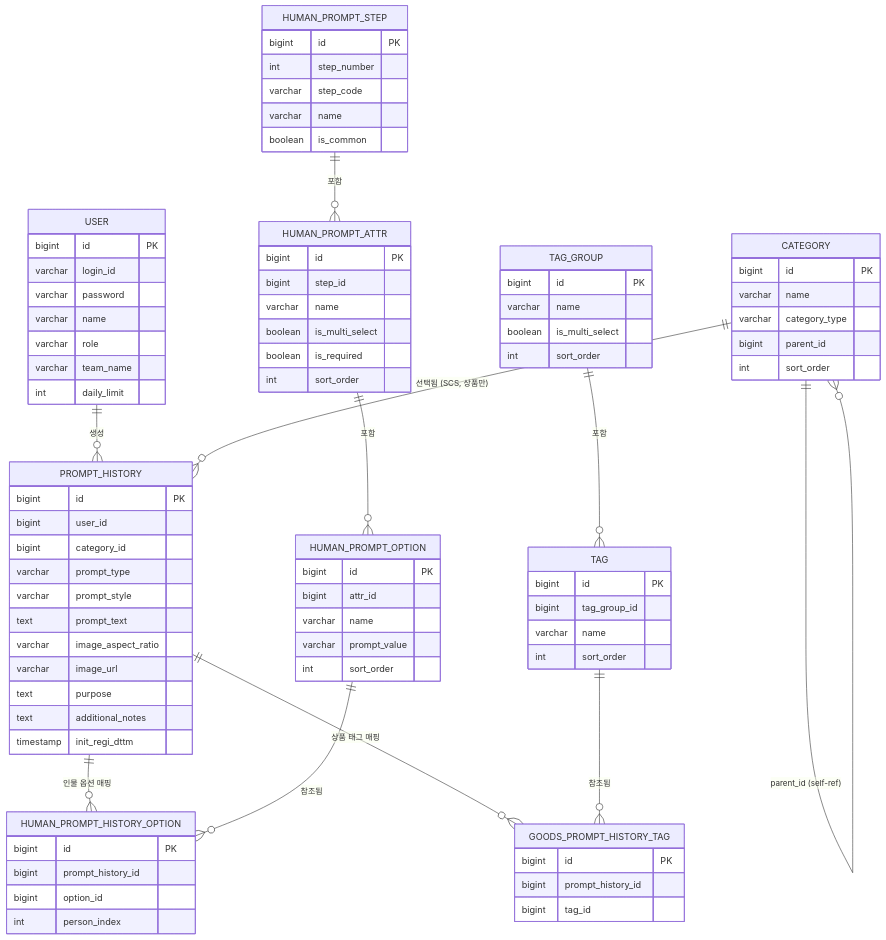
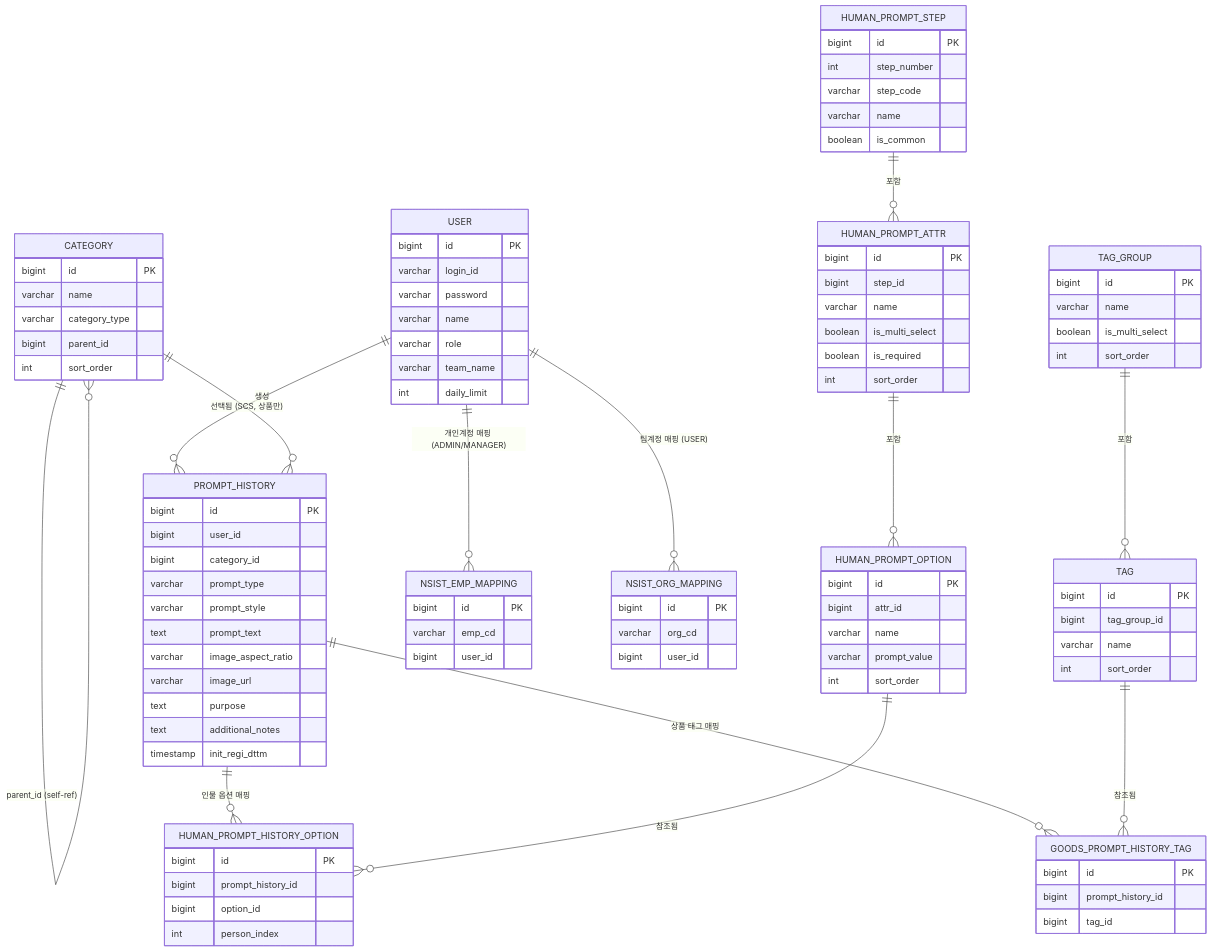
The diagram in docs/erd.md (fwangjuwon/creative-studio-bo), drawn with Mermaid before and after one commit. The commit also changed other lines of this file and 14 other files, not shown here.

First line of the commit message:
merge, feat(gaeddo) : nsist 조직코드 기반 팀계정 로그인 추가 (main ← feat/nsist-org-mapping)

```diff
--- a/docs/erd.md
+++ b/docs/erd.md
@@ -304,6 +337,20 @@
         int sort_order
     }
 
+    NSIST_EMP_MAPPING {
+        bigint id PK
+        varchar emp_cd
+        bigint user_id
+    }
+
+    NSIST_ORG_MAPPING {
+        bigint id PK
+        varchar org_cd
+        bigint user_id
+    }
+
+    USER ||--o{ NSIST_EMP_MAPPING : "개인계정 매핑 (ADMIN/MANAGER)"
+    USER ||--o{ NSIST_ORG_MAPPING : "팀계정 매핑 (USER)"
     USER ||--o{ PROMPT_HISTORY : "생성"
     CATEGORY ||--o{ PROMPT_HISTORY : "선택됨 (SCS, 상품만)"
     CATEGORY ||--o{ CATEGORY : "parent_id (self-ref)"
```
